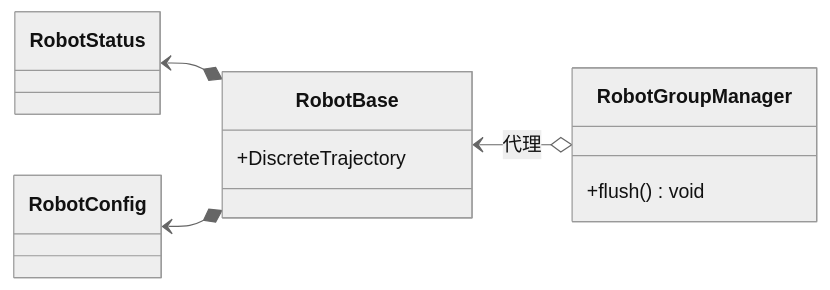
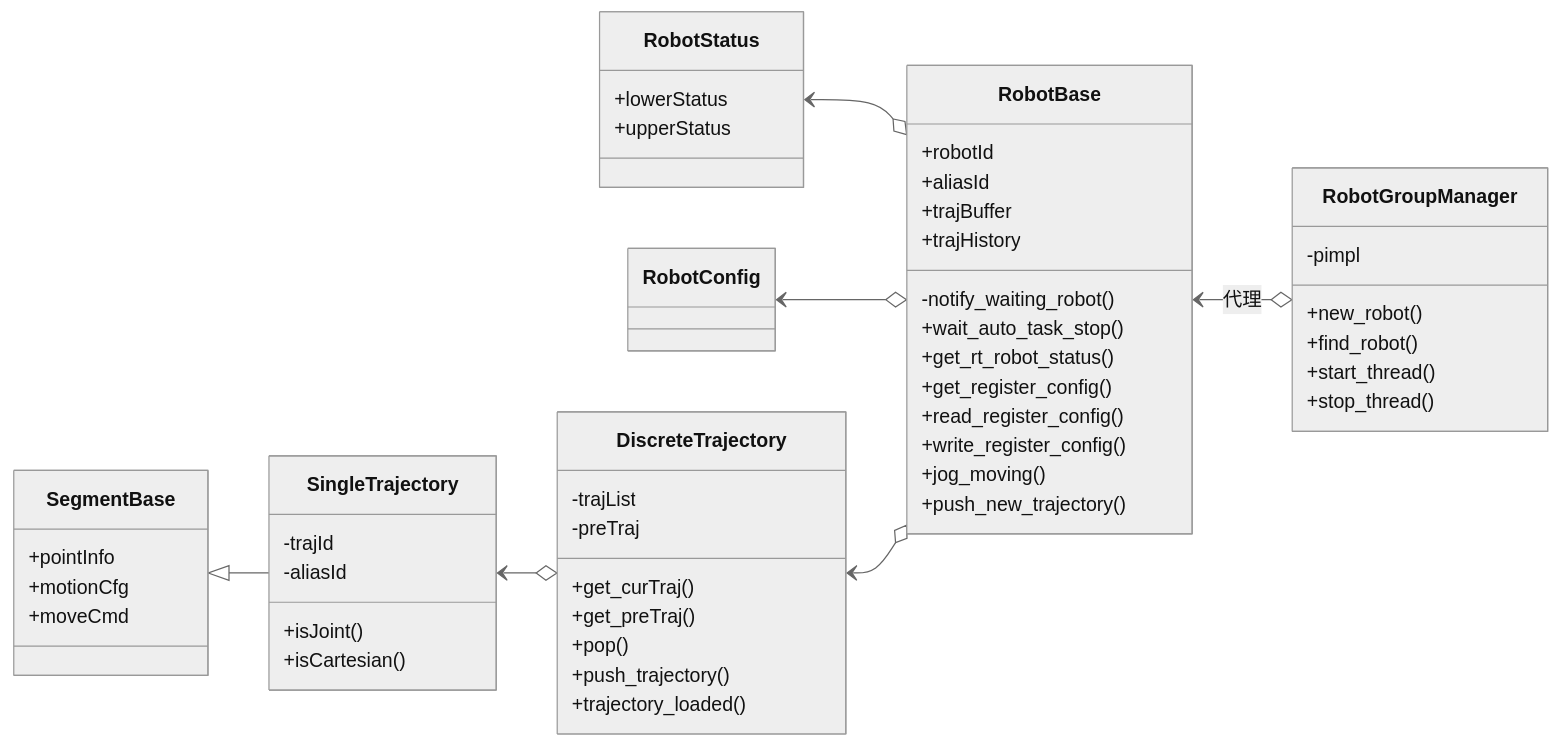
The first of 3 diagrams in src/robot_interface/README.md (lazyshawn/NeoRobotController), drawn with Mermaid (neutral theme) before and after one commit. The commit also changed other lines of this file and 5 other files, not shown here.

First line of the commit message:
refactor(coop): trajectory and RobotStatus

````diff
--- a/src/robot_interface/README.md
+++ b/src/robot_interface/README.md
@@ -9,24 +10,67 @@
 ``` mermaid
 classDiagram
     direction LR
 
     %%note "line1line2"
 
     class RobotGroupManager {
-        +flush() void
+        -pimpl
+        +new_robot()
+        +find_robot()
+        +start_thread()
+        +stop_thread()
     }
 
     class RobotBase {
-        +DiscreteTrajectory
+        +robotId
+        +aliasId
+        +trajBuffer
+        +trajHistory
+        -notify_waiting_robot()
+        +wait_auto_task_stop()
+        +get_rt_robot_status()
+        +get_register_config()
+        +read_register_config()
+        +write_register_config()
+        +jog_moving()
+        +push_new_trajectory()
     }
 
     class RobotStatus {
+        +lowerStatus
+        +upperStatus
     }
 
     class RobotConfig {
     }
 
+    class DiscreteTrajectory {
+        -trajList
+        -preTraj
+        +get_curTraj()
+        +get_preTraj()
+        +pop()
+        +push_trajectory()
+        +trajectory_loaded()
+    }
+
+    class SingleTrajectory {
+        -trajId
+        -aliasId
+        +isJoint()
+        +isCartesian()
+    }
+
+    class SegmentBase {
+        +pointInfo
+        +motionCfg
+        +moveCmd
+    }
+
     RobotBase <--o RobotGroupManager: 代理
-    RobotStatus <--* RobotBase
-    RobotConfig <--* RobotBase
+    RobotStatus <--o RobotBase
+    RobotConfig <--o RobotBase
+    DiscreteTrajectory <--o RobotBase
+    SingleTrajectory <--o DiscreteTrajectory
+    SegmentBase <|-- SingleTrajectory
 ```
````
